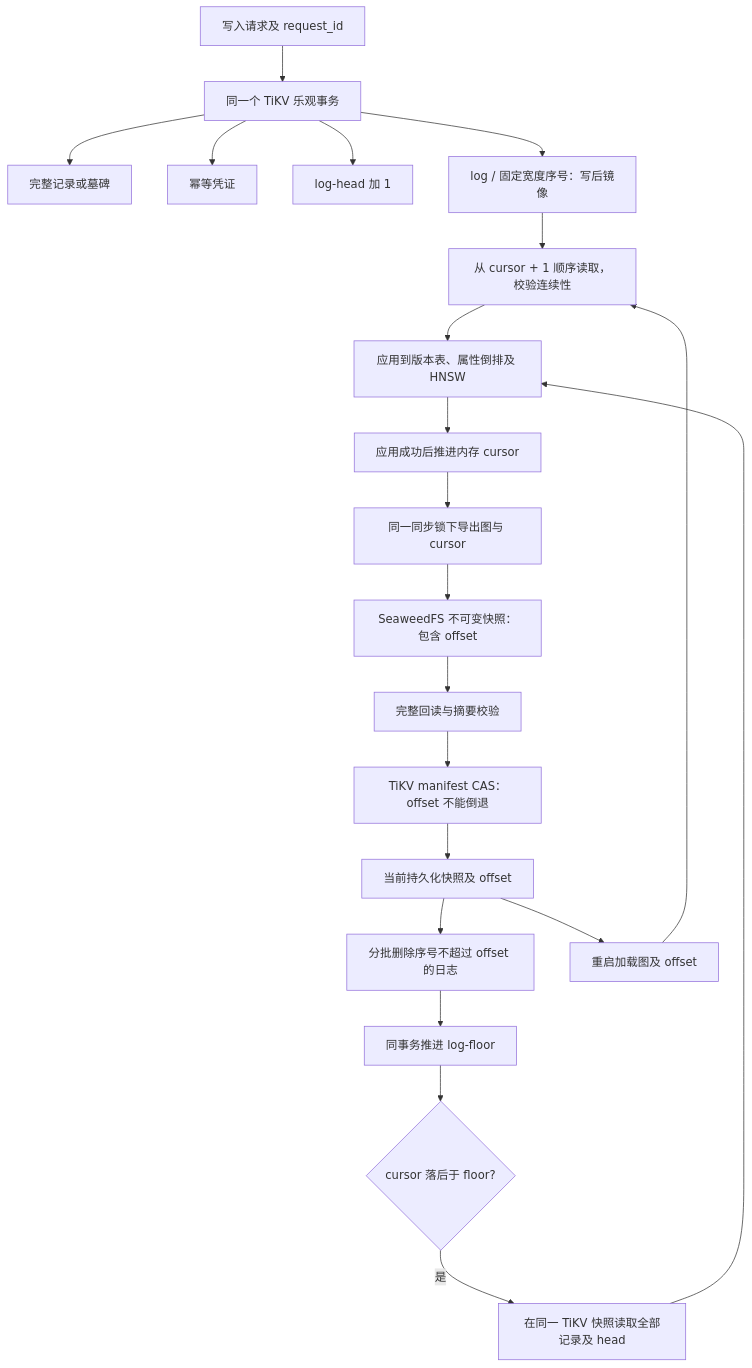
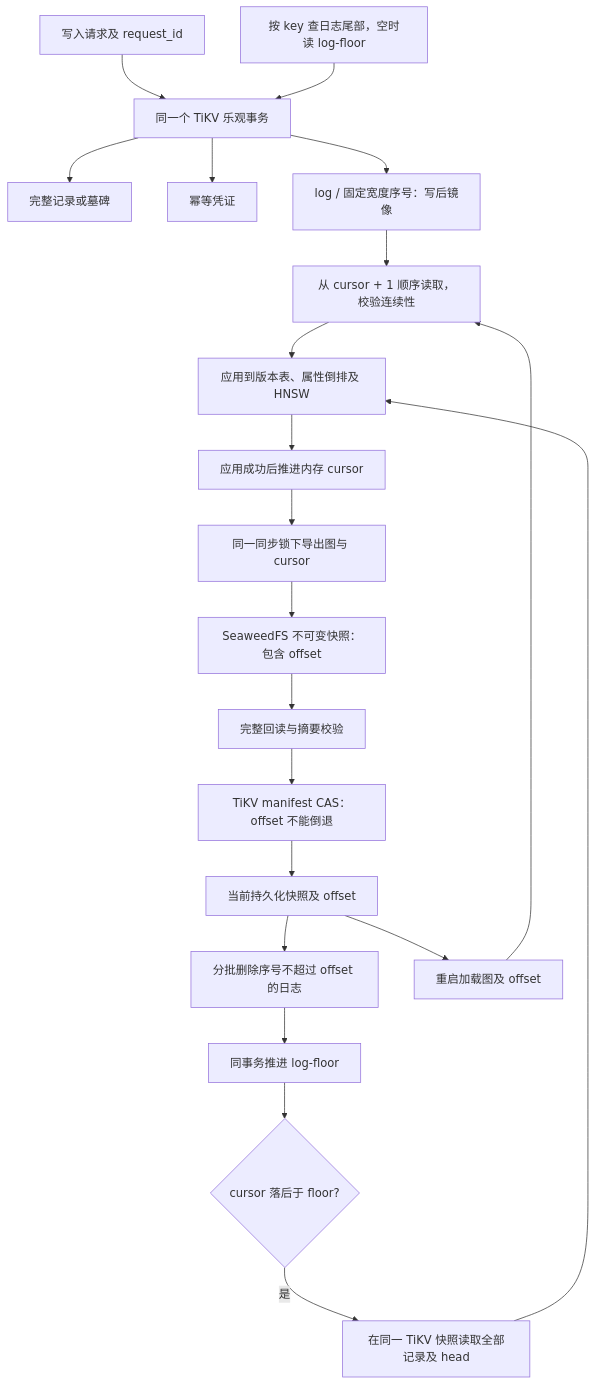
Before and after one commit to youyou-myheart/vecdb: the diagram in INCREMENTAL.md, drawn with Mermaid. The commit also changed other lines of this file and 91 other files, not shown here.

````diff
--- a/INCREMENTAL.md
+++ b/INCREMENTAL.md
@@ -7,23 +7,23 @@
 ```mermaid
 flowchart TB
     W[写入请求及 request_id] --> TX[同一个 TiKV 乐观事务]
     TX --> R[完整记录或墓碑]
     TX --> ACK[幂等凭证]
-    TX --> HEAD[log-head 加 1]
+    TAIL[按 key 查日志尾部，空时读 log-floor] --> TX
     TX --> E[log / 固定宽度序号：写后镜像]
     E --> B[从 cursor + 1 顺序读取，校验连续性]
     B --> APPLY[应用到版本表、属性倒排及 HNSW]
     APPLY --> CURSOR[应用成功后推进内存 cursor]
     CURSOR --> FREEZE[同一同步锁下导出图与 cursor]
     FREEZE --> S3[SeaweedFS 不可变快照：包含 offset]
     S3 --> VERIFY[完整回读与摘要校验]
     VERIFY --> CAS[TiKV manifest CAS：offset 不能倒退]
     CAS --> M[当前持久化快照及 offset]
     M --> GC[分批删除序号不超过 offset 的日志]
     GC --> FLOOR[同事务推进 log-floor]
     M --> RESTORE[重启加载图及 offset]
     RESTORE --> B
     FLOOR --> LAG{cursor 落后于 floor?}
     LAG -->|是| BOOT[在同一 TiKV 快照读取全部记录及 head]
     BOOT --> APPLY
 ```
````
